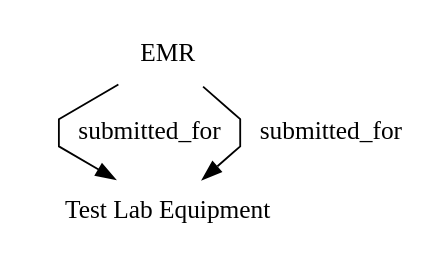
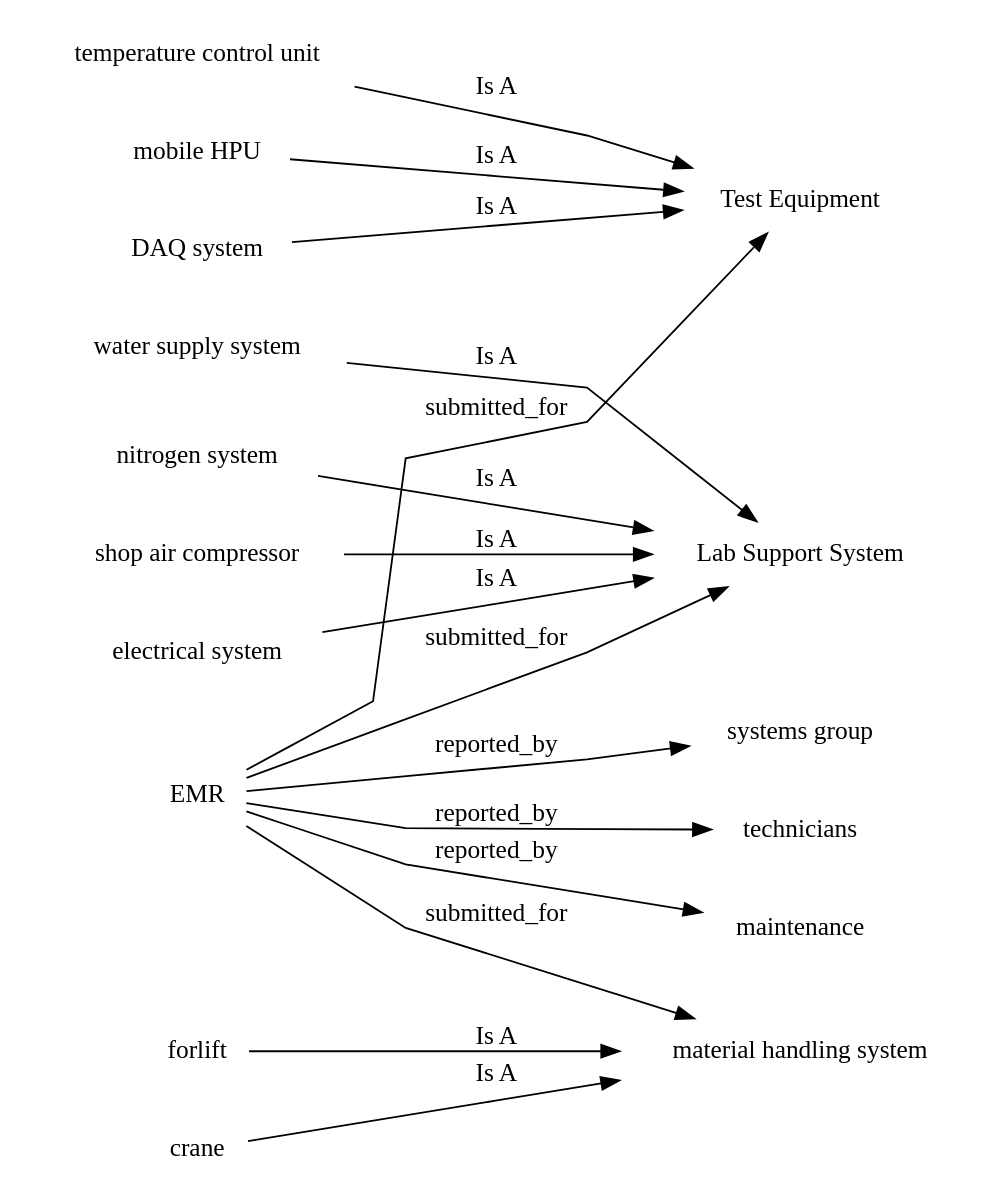
One commit to DJimmie/graph-theory-applications changed the diagram in basics/test-output/round-table.gv. Above: the diagram before and after it, drawn with Graphviz. The commit also changed 8 other files, not shown here.

```diff
--- a/basics/test-output/round-table.gv
+++ b/basics/test-output/round-table.gv
@@ -1,8 +1,21 @@
 // The Round Table
 digraph {
-	graph [landscape=False rankdir=TB size="20,16" splines=polyline]
+	graph [landscape=False rankdir=LR size="20,16" splines=polyline]
 	node [color=white style=filled]
 	node [shape=plaintext]
-	EMR -> "Test Lab Equipment" [label=submitted_for]
-	EMR -> "Test Lab Equipment" [label=submitted_for]
+	EMR -> "Test Equipment" [label=submitted_for]
+	EMR -> "Lab Support System" [label=submitted_for]
+	EMR -> "material handling system" [label=submitted_for]
+	EMR -> technicians [label=reported_by]
+	EMR -> maintenance [label=reported_by]
+	EMR -> "systems group" [label=reported_by]
+	"nitrogen system" -> "Lab Support System" [label="Is A"]
+	"shop air compressor" -> "Lab Support System" [label="Is A"]
+	"electrical system" -> "Lab Support System" [label="Is A"]
+	"water supply system" -> "Lab Support System" [label="Is A"]
+	"temperature control unit" -> "Test Equipment" [label="Is A"]
+	"mobile HPU" -> "Test Equipment" [label="Is A"]
+	forlift -> "material handling system" [label="Is A"]
+	crane -> "material handling system" [label="Is A"]
+	"DAQ system" -> "Test Equipment" [label="Is A"]
 }
```
